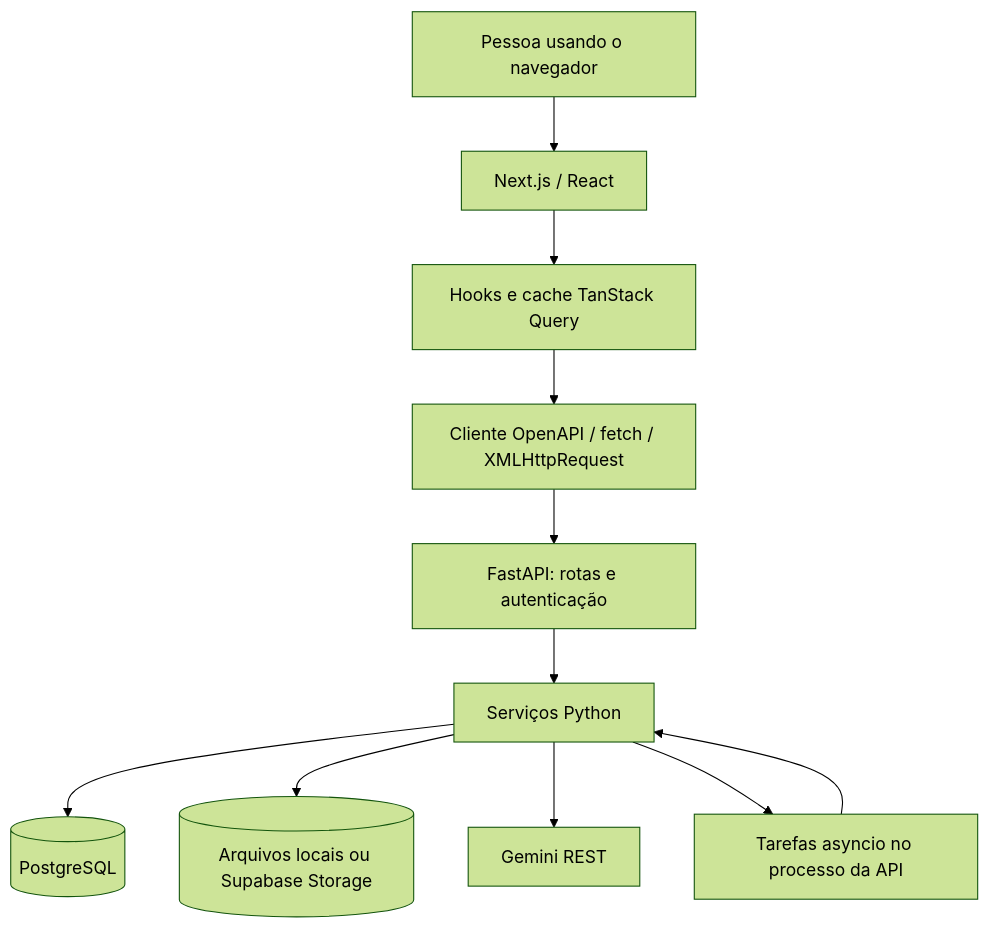
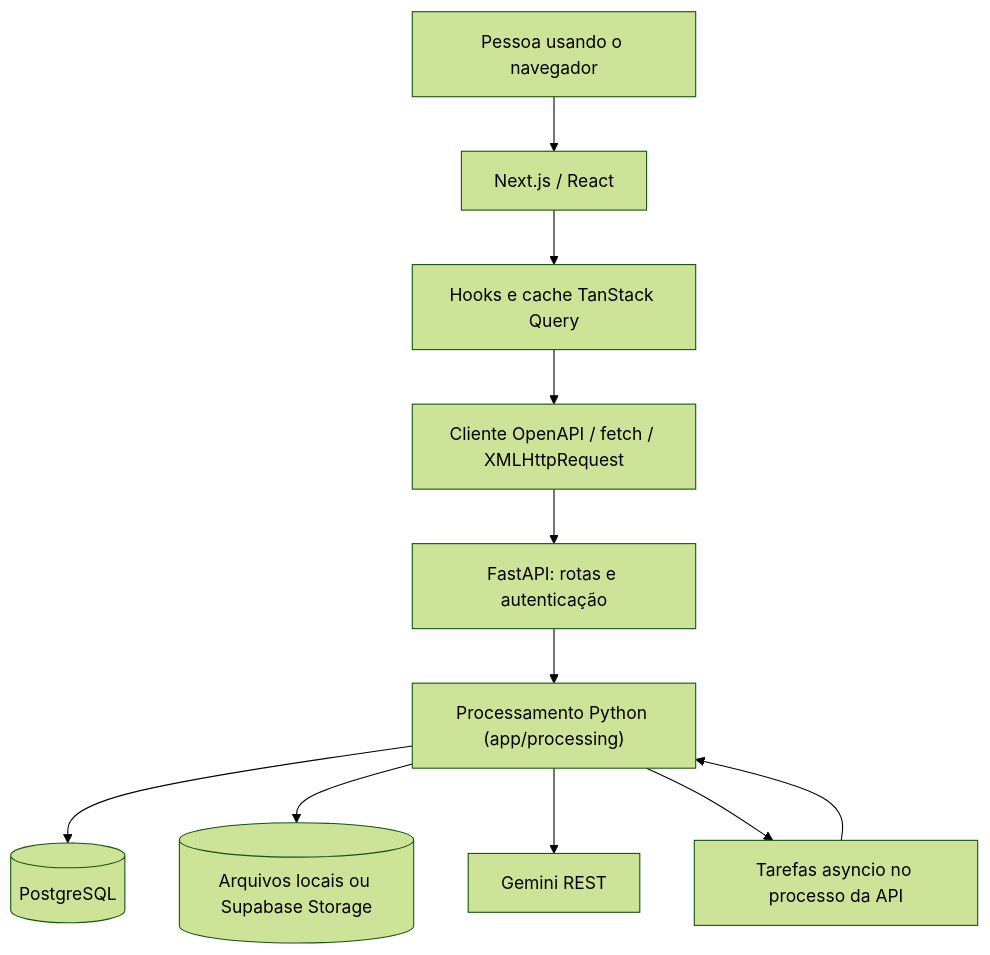
One commit to brunpena/ic-grifo changed the first of 2 diagrams in docs/arquitetura.md. Above: the diagram before and after it, drawn with Mermaid (forest theme). The commit also changed other lines of this file and 62 other files, not shown here.

````diff
--- a/docs/arquitetura.md
+++ b/docs/arquitetura.md
@@ -15,13 +15,13 @@
 ```mermaid
 flowchart TB
     PESSOA["Pessoa usando o navegador"] --> UI["Next.js / React"]
     UI --> HOOKS["Hooks e cache TanStack Query"]
     HOOKS --> HTTP["Cliente OpenAPI / fetch / XMLHttpRequest"]
     HTTP --> API["FastAPI: rotas e autenticação"]
-    API --> SERV["Serviços Python"]
+    API --> SERV["Processamento Python (app/processing)"]
     SERV --> DB[("PostgreSQL")]
     SERV --> ARQ[("Arquivos locais ou Supabase Storage")]
     SERV --> IA["Gemini REST"]
     SERV --> TAREFAS["Tarefas asyncio no processo da API"]
     TAREFAS --> SERV
 ```
````
